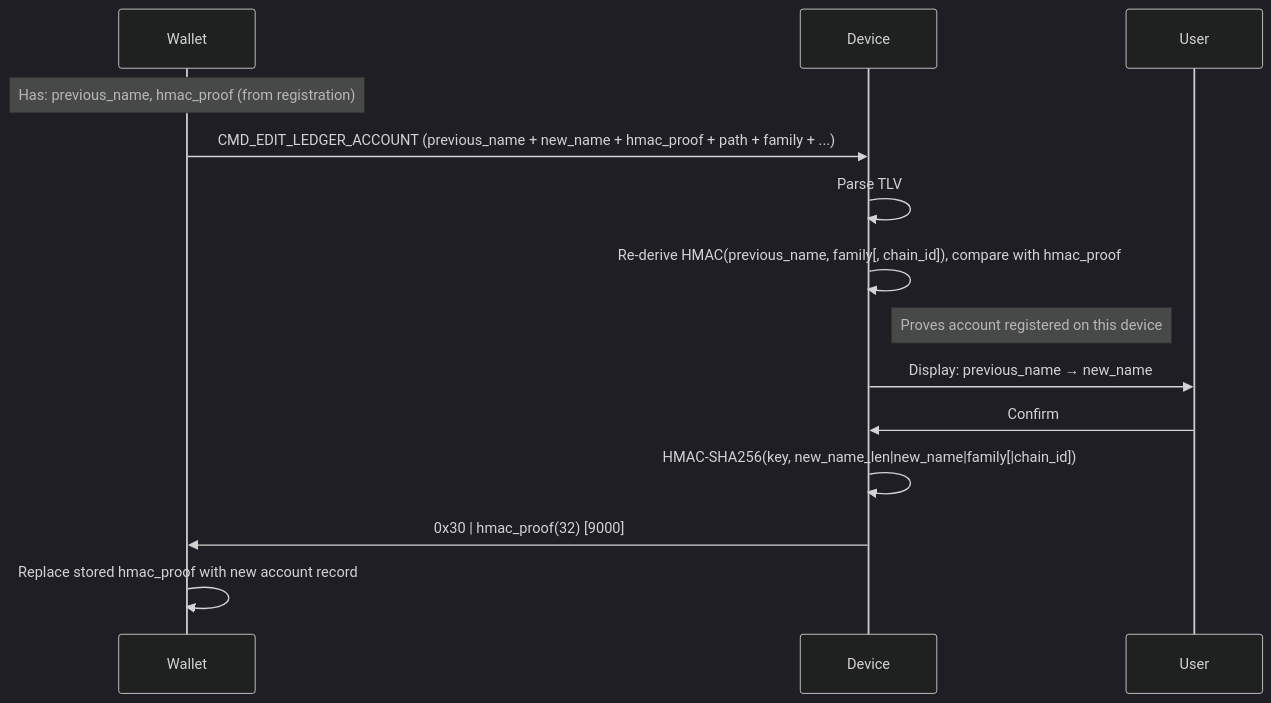
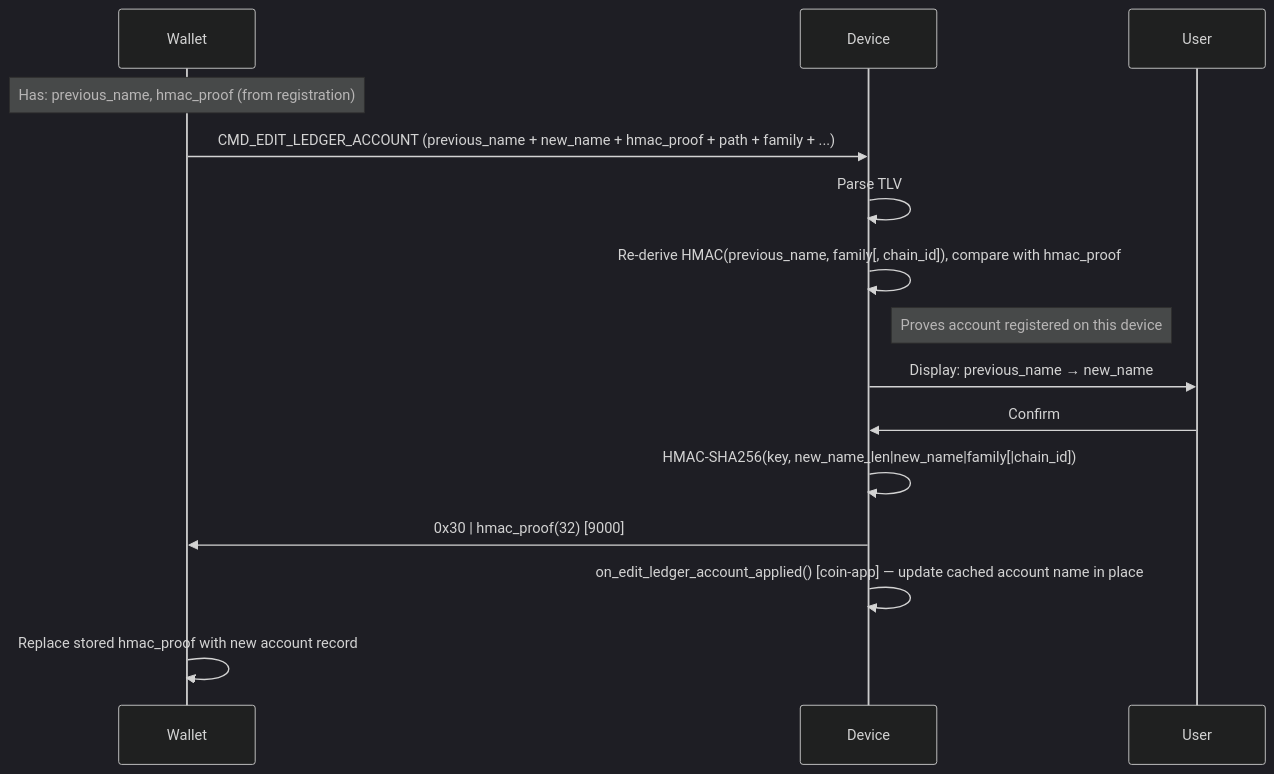
One commit to LedgerHQ/ledger-secure-sdk changed the eighth of 10 diagrams in app_features/address_book/doc/address_book_spec.md. Above: the diagram before and after it, drawn with Mermaid (dark theme). The commit also changed other lines of this file, not shown here.

````diff
--- a/app_features/address_book/doc/address_book_spec.md
+++ b/app_features/address_book/doc/address_book_spec.md
@@ -604,17 +592,15 @@
 ```mermaid
 sequenceDiagram
-    participant W as Wallet
-    participant D as Device
-    participant U as User
 
-    Note over W: Has: previous_name, hmac_proof (from registration)
-    W->>D: CMD_EDIT_LEDGER_ACCOUNT (previous_name + new_name + hmac_proof + path + family + ...)
-    D->>D: Parse TLV
-    D->>D: Re-derive HMAC(previous_name, family[, chain_id]), compare with hmac_proof
-    Note right of D: Proves account registered on this device
-    D->>U: Display: previous_name → new_name
-    U->>D: Confirm
-    D->>D: HMAC-SHA256(key, new_name_len|new_name|family[|chain_id])
-    D->>W: 0x30 | hmac_proof(32)  [9000]
-    W->>W: Replace stored hmac_proof with new account record
+    Note over Wallet: Has: previous_name, hmac_proof (from registration)
+    Wallet->>Device: CMD_EDIT_LEDGER_ACCOUNT (previous_name + new_name + hmac_proof + path + family + ...)
+    Device->>Device: Parse TLV
+    Device->>Device: Re-derive HMAC(previous_name, family[, chain_id]), compare with hmac_proof
+    Note right of Device: Proves account registered on this device
+    Device->>User: Display: previous_name → new_name
+    User->>Device: Confirm
+    Device->>Device: HMAC-SHA256(key, new_name_len|new_name|family[|chain_id])
+    Device->>Wallet: 0x30 | hmac_proof(32)  [9000]
+    Device->>Device: on_edit_ledger_account_applied() [coin-app] — update cached account name in place
+    Wallet->>Wallet: Replace stored hmac_proof with new account record
 ```
````
